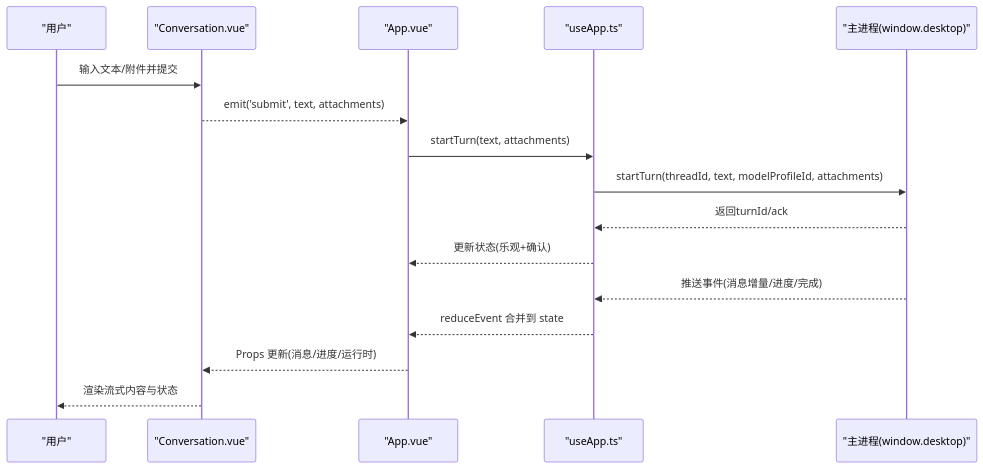
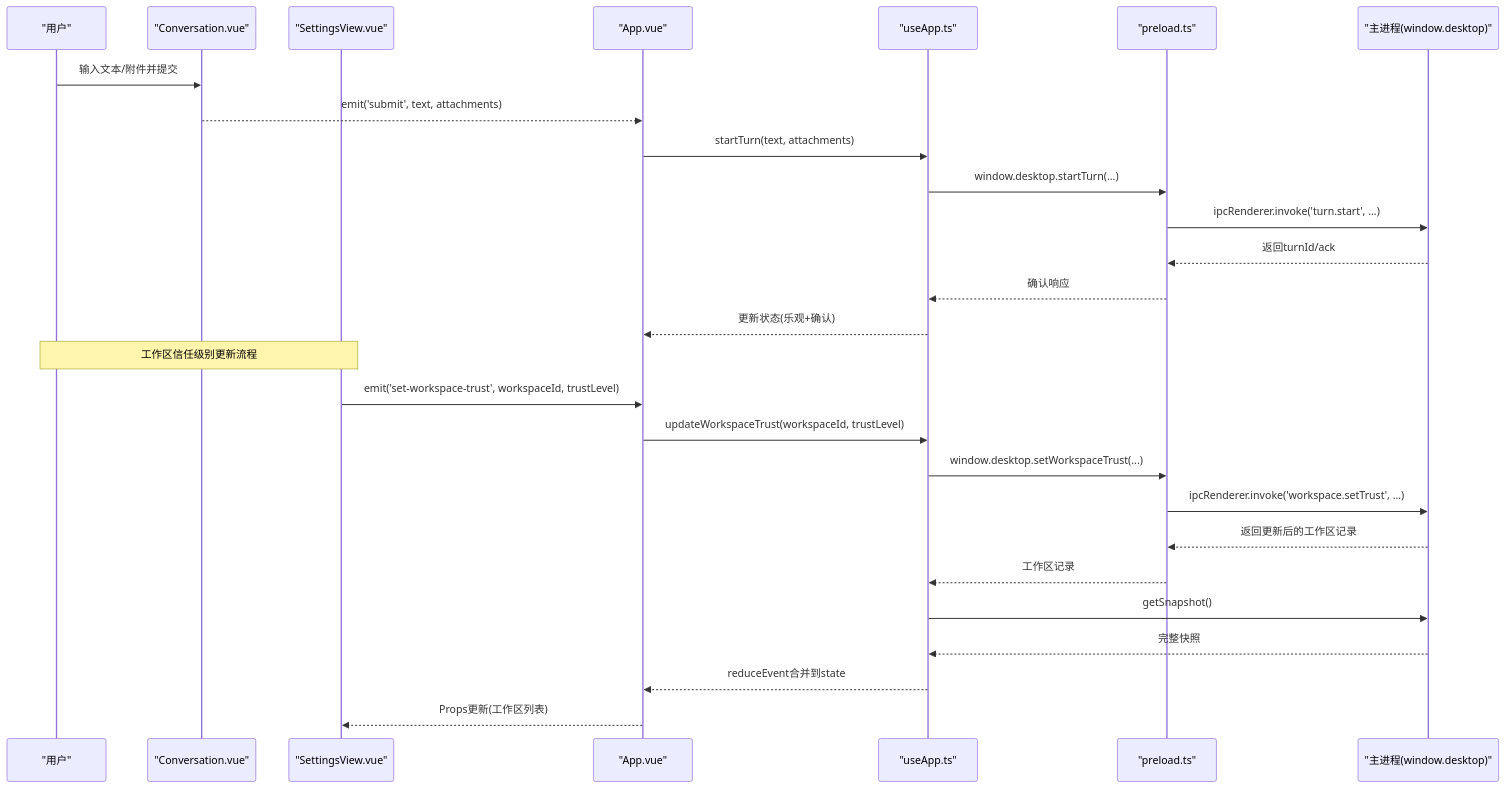
The second of 4 diagrams in .qoder/repowiki/zh/content/核心模块/渲染进程/渲染进程.md (dyx-9163/ai-aifar), drawn with Mermaid before and after one commit. The commit also changed other lines of this file and 37 other files, not shown here.

````diff
--- a/.qoder/repowiki/zh/content/核心模块/渲染进程/渲染进程.md
+++ b/.qoder/repowiki/zh/content/核心模块/渲染进程/渲染进程.md
@@ -89,18 +111,29 @@
 ```mermaid
 sequenceDiagram
 participant U as "用户"
 participant C as "Conversation.vue"
+participant S as "SettingsView.vue"
 participant A as "App.vue"
-participant S as "useApp.ts"
+participant UAPP as "useApp.ts"
+participant P as "preload.ts"
 participant M as "主进程(window.desktop)"
 U->>C : 输入文本/附件并提交
 C-->>A : emit('submit', text, attachments)
-A->>S : startTurn(text, attachments)
-S->>M : startTurn(threadId, text, modelProfileId, attachments)
-M-->>S : 返回turnId/ack
-S-->>A : 更新状态(乐观+确认)
-M-->>S : 推送事件(消息增量/进度/完成)
-S-->>A : reduceEvent 合并到 state
-A-->>C : Props 更新(消息/进度/运行时)
-C-->>U : 渲染流式内容与状态
+A->>UAPP : startTurn(text, attachments)
+UAPP->>P : window.desktop.startTurn(...)
+P->>M : ipcRenderer.invoke('turn.start', ...)
+M-->>P : 返回turnId/ack
+P-->>UAPP : 确认响应
+UAPP-->>A : 更新状态(乐观+确认)
+Note over U,S : 工作区信任级别更新流程
+S->>A : emit('set-workspace-trust', workspaceId, trustLevel)
+A->>UAPP : updateWorkspaceTrust(workspaceId, trustLevel)
+UAPP->>P : window.desktop.setWorkspaceTrust(...)
+P->>M : ipcRenderer.invoke('workspace.setTrust', ...)
+M-->>P : 返回更新后的工作区记录
+P-->>UAPP : 工作区记录
+UAPP->>M : getSnapshot()
+M-->>UAPP : 完整快照
+UAPP-->>A : reduceEvent合并到state
+A-->>S : Props更新(工作区列表)
 ```
````
